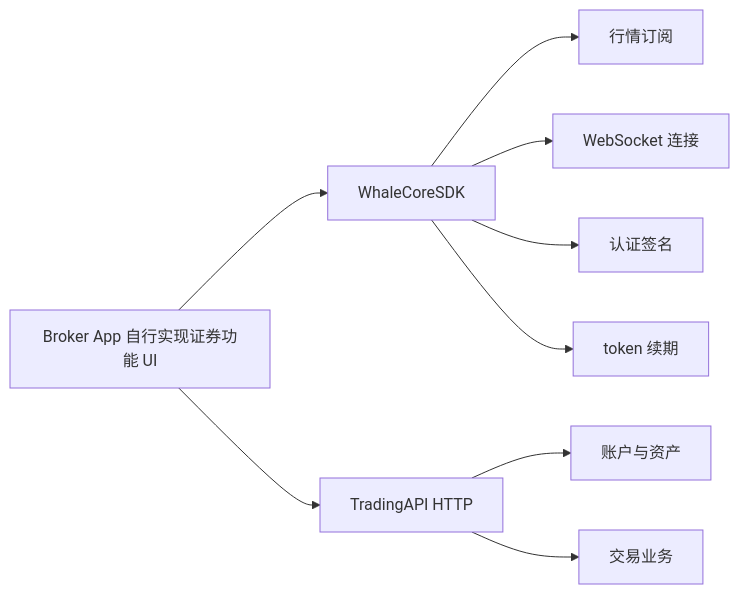
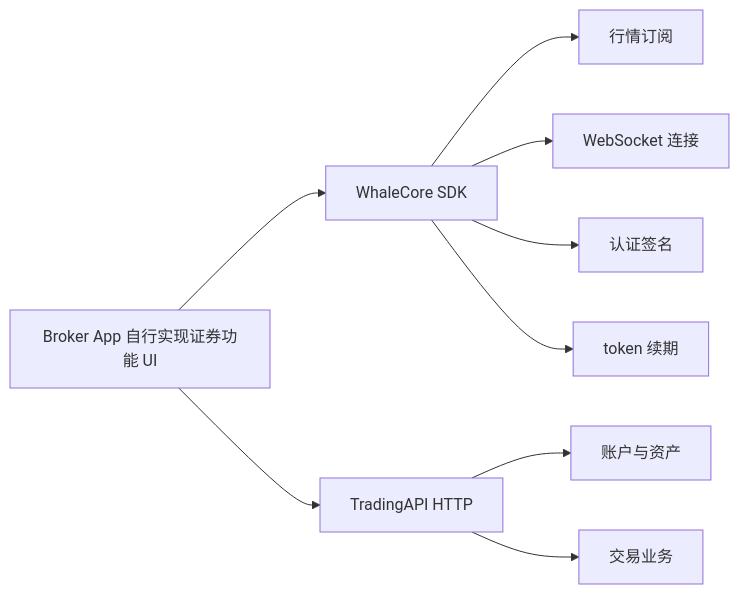
The diagram in docs/zh-CN/trading-api/overview.mdx (longbridge/whale-docs), drawn with Mermaid before and after one commit. The commit also changed other lines of this file and 22 other files, not shown here.

````diff
--- a/docs/zh-CN/trading-api/overview.mdx
+++ b/docs/zh-CN/trading-api/overview.mdx
@@ -13,11 +13,11 @@
 ```mermaid
 flowchart LR
-    A[Broker App 自行实现证券功能 UI] --> B[WhaleCoreSDK]
+    A[Broker App 自行实现证券功能 UI] --> B[WhaleCore SDK]
     A --> C[TradingAPI HTTP]
     B --> D[行情订阅]
     B --> E[WebSocket 连接]
     B --> F[认证签名]
     B --> G[token 续期]
     C --> H[账户与资产]
     C --> I[交易业务]
 ```
````
